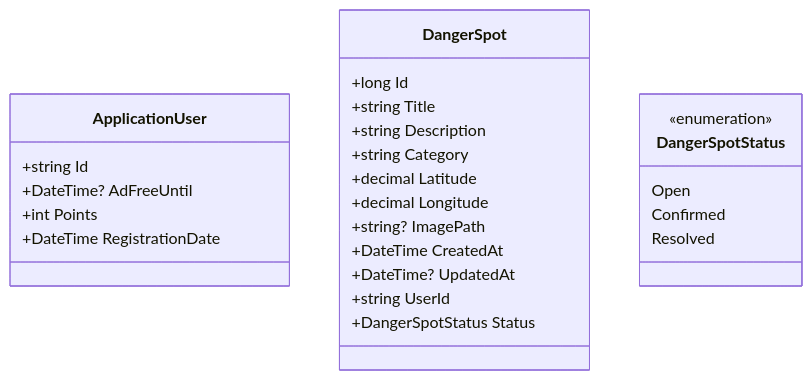
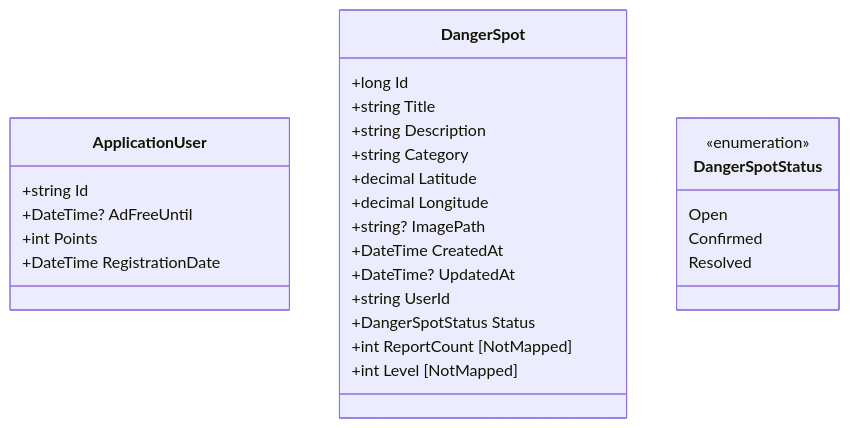
Before and after one commit to ShimosatoRen/SafeWalk-VNJP-v2: the first of 2 diagrams in design/内部設計.md, drawn with Mermaid. The commit also changed other lines of this file and 3 other files, not shown here.

````diff
--- a/design/内部設計.md
+++ b/design/内部設計.md
@@ -16,31 +16,33 @@
 ```mermaid
 classDiagram
 
     class ApplicationUser {
         +string Id
         +DateTime? AdFreeUntil
         +int Points
         +DateTime RegistrationDate
     }
 
     class DangerSpot {
         +long Id
         +string Title
         +string Description
         +string Category
         +decimal Latitude
         +decimal Longitude
         +string? ImagePath
         +DateTime CreatedAt
         +DateTime? UpdatedAt
         +string UserId
         +DangerSpotStatus Status
+        +int ReportCount [NotMapped]
+        +int Level [NotMapped]
     }
 
     class DangerSpotStatus {
         <<enumeration>>
         Open
         Confirmed
         Resolved
     }
 ```
````
